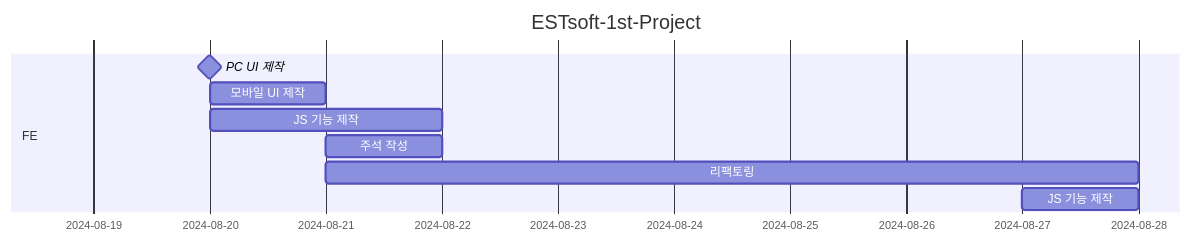
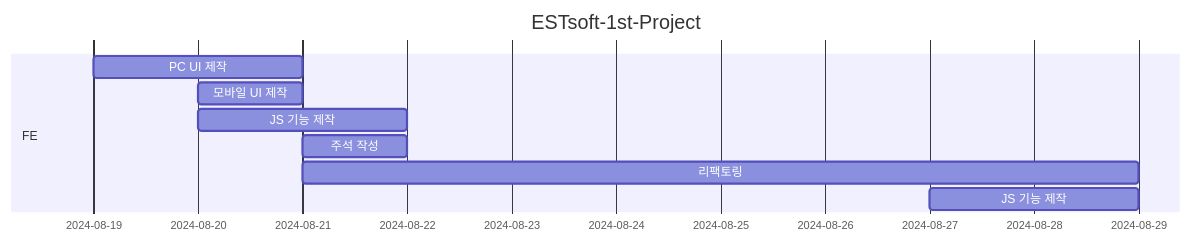
One commit to Jindo-Dog/ESTsoft changed the diagram in README.md. Above: the diagram before and after it, drawn with Mermaid.

Commit message:
docs: README update

````diff
--- a/README.md
+++ b/README.md
@@ -75,14 +75,14 @@
 ```mermaid
 gantt
     title ESTsoft-1st-Project
     dateFormat YYYY-MM-DD
     axisFormat  %Y-%m-%d
     
     section FE
-        PC UI 제작:milestone, 2024-08-19, 2d
+        PC UI 제작:2024-08-19, 2d
         모바일 UI 제작:2024-08-20, 1d
         JS 기능 제작:2024-08-20, 2d
         주석 작성:2024-08-21, 1d
-        리팩토링:2024-08-21, 7d
-        JS 기능 제작:2024-08-27, 1d
+        리팩토링:2024-08-21, 8d
+        JS 기능 제작:2024-08-27, 2d
 ```
````
